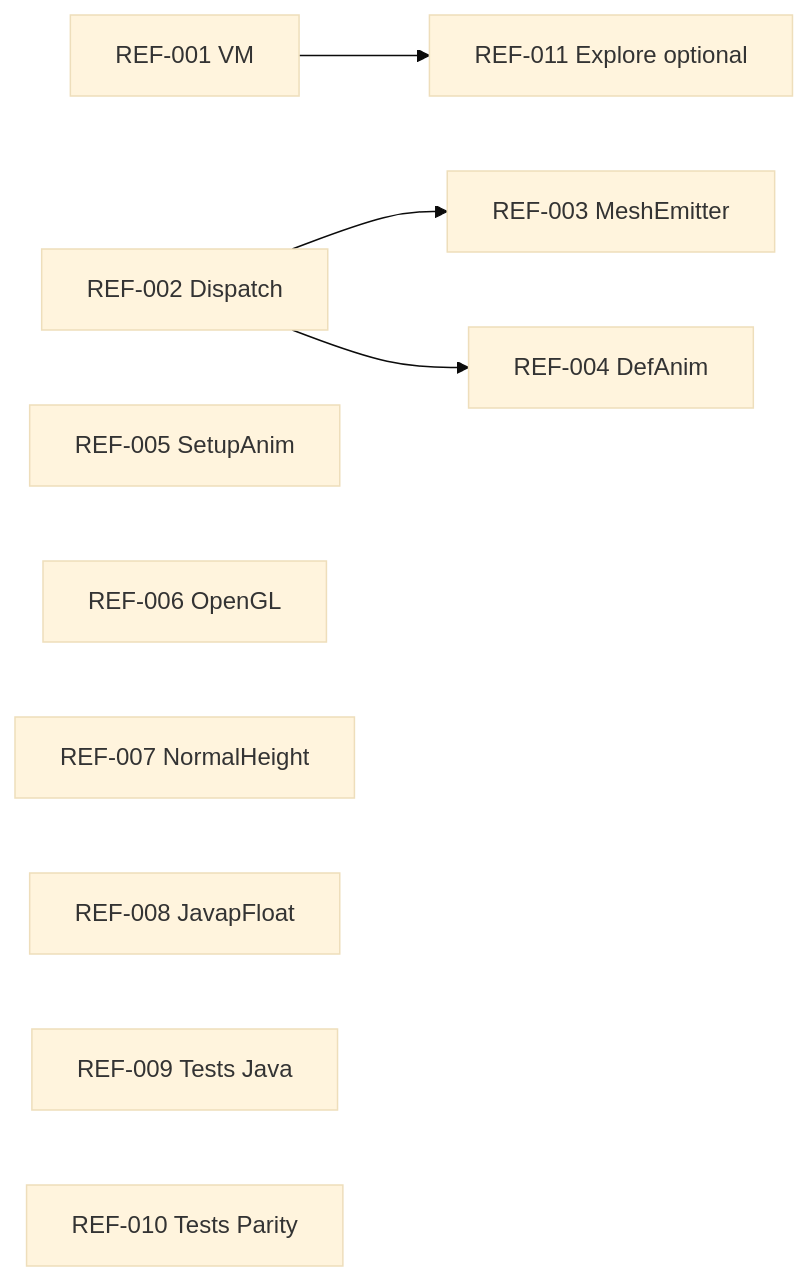
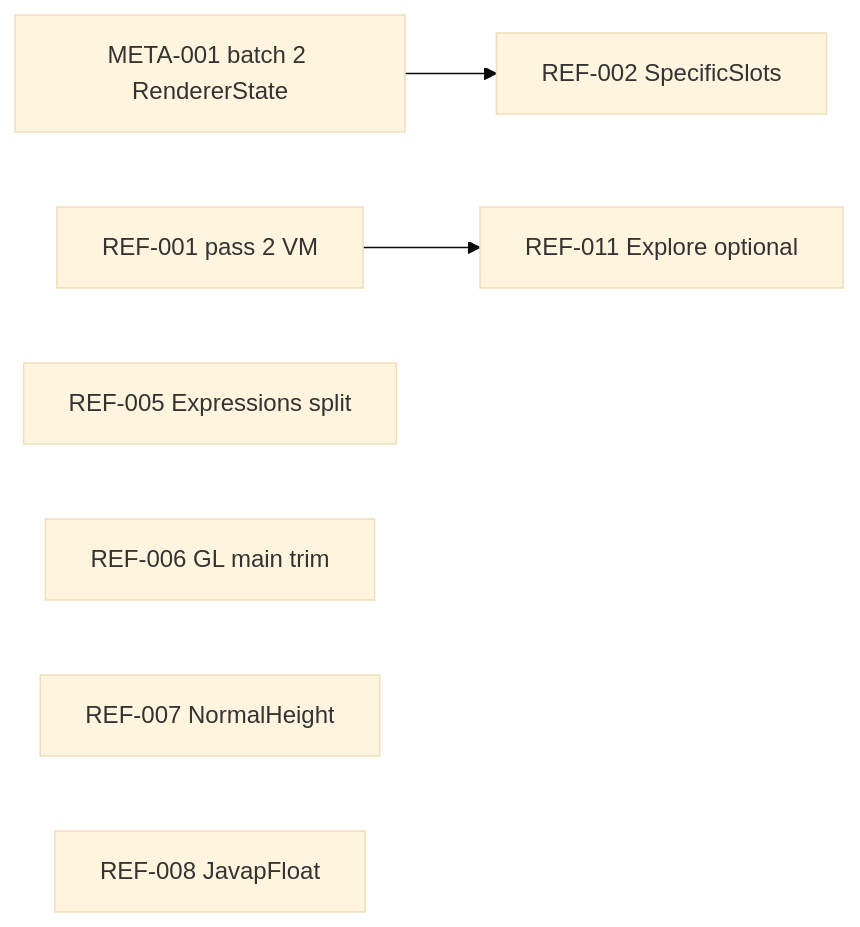
One commit to FunXtheCool/AutoPBR changed the second of 2 diagrams in docs/large-class-split-agent-plan.md. Above: the diagram before and after it, drawn with Mermaid (base theme). The commit also changed other lines of this file and 347 other files, not shown here.

````diff
--- a/docs/large-class-split-agent-plan.md
+++ b/docs/large-class-split-agent-plan.md
@@ -411,12 +396,9 @@
 ```mermaid
 flowchart LR
-  REF001[REF-001 VM] --> REF011[REF-011 Explore optional]
-  REF002[REF-002 Dispatch] --> REF003[REF-003 MeshEmitter]
-  REF002 --> REF004[REF-004 DefAnim]
-  REF005[REF-005 SetupAnim]
-  REF006[REF-006 OpenGL]
+  META001b[META-001 batch 2 RendererState] --> REF002[REF-002 SpecificSlots]
+  REF001b[REF-001 pass 2 VM] --> REF011[REF-011 Explore optional]
+  REF005b[REF-005 Expressions split]
+  REF006b[REF-006 GL main trim]
   REF007[REF-007 NormalHeight]
   REF008[REF-008 JavapFloat]
-  REF009[REF-009 Tests Java]
-  REF010[REF-010 Tests Parity]
 ```
````
